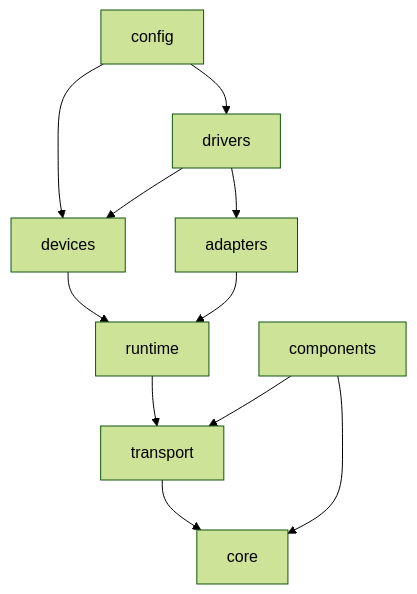
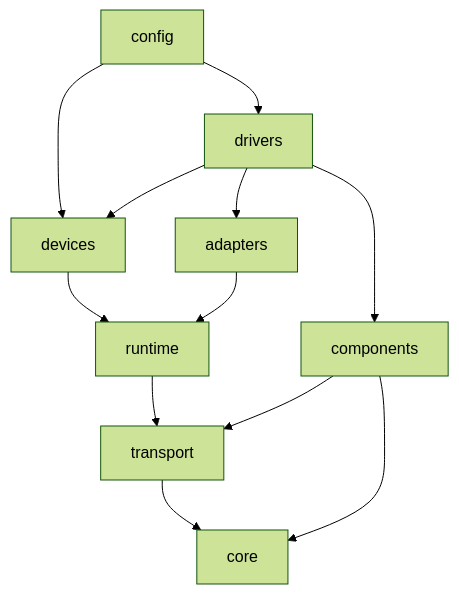
Before and after one commit to GrayFL/RSim: the diagram in docs/modules.md, drawn with Mermaid (forest theme). The commit also changed other lines of this file and 127 other files, not shown here.

````diff
--- a/docs/modules.md
+++ b/docs/modules.md
@@ -44,13 +48,14 @@
 ```mermaid
 flowchart TD
     Config[config] --> Drivers[drivers]
     Config --> Devices[devices]
     Drivers --> Devices
     Drivers --> Adapters[adapters]
+    Drivers --> Components[components]
     Devices --> Runtime[runtime]
     Adapters --> Runtime
     Runtime --> Transport[transport]
     Transport --> Core[core]
     Components[components] --> Core
     Components --> Transport
 ```
````
